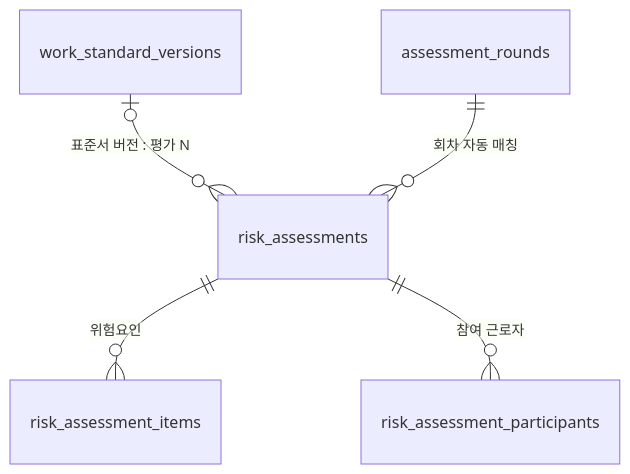
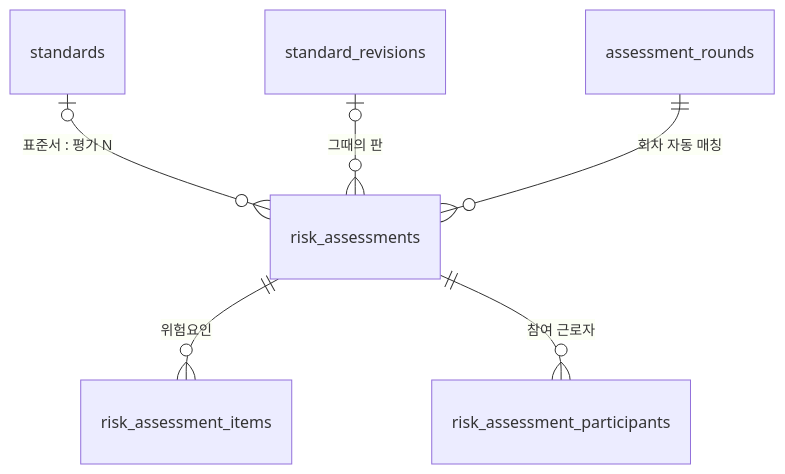
The fifth of 9 diagrams in docs/SMBE-schema-v5.5.md (minq11/SMBE), drawn with Mermaid before and after one commit. The commit also changed other lines of this file and 14 other files, not shown here.

````diff
--- a/docs/SMBE-schema-v5.5.md
+++ b/docs/SMBE-schema-v5.5.md
@@ -395,7 +418,8 @@
 ```mermaid
 erDiagram
-  work_standard_versions |o--o{ risk_assessments : "표준서 버전 : 평가 N"
+  standards |o--o{ risk_assessments : "표준서 : 평가 N"
+  standard_revisions |o--o{ risk_assessments : "그때의 판"
   risk_assessments ||--o{ risk_assessment_items : "위험요인"
   risk_assessments ||--o{ risk_assessment_participants : "참여 근로자"
   assessment_rounds ||--o{ risk_assessments : "회차 자동 매칭"
 ```
````
